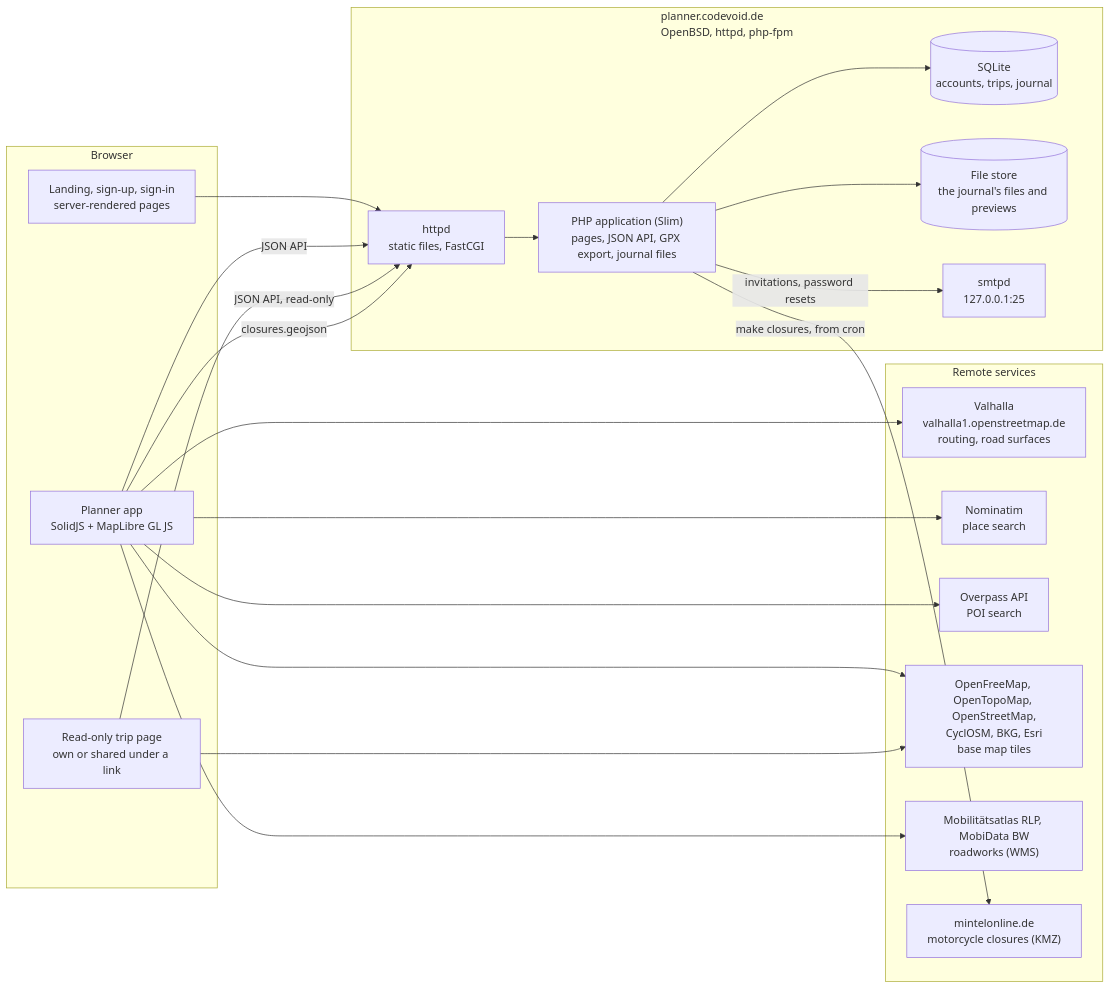
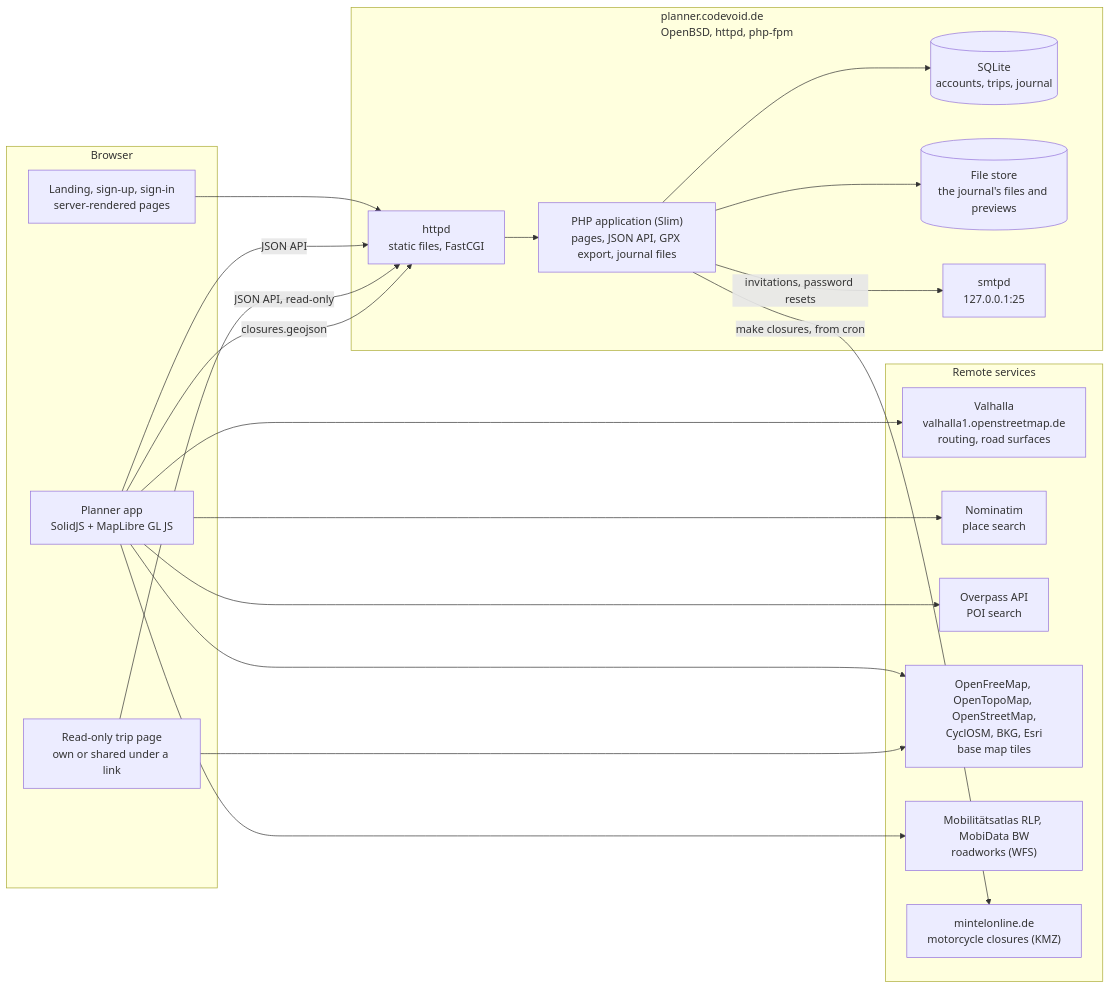
Before and after one commit to c0dev0id/TripPlanner: the first of 3 diagrams in .github/architecture.md, drawn with Mermaid. The commit also changed 10 other files, not shown here.

````diff
--- a/.github/architecture.md
+++ b/.github/architecture.md
@@ -8,38 +8,38 @@
 ```mermaid
 flowchart LR
   subgraph browser["Browser"]
     pages["Landing, sign-up, sign-in<br/>server-rendered pages"]
     app["Planner app<br/>SolidJS + MapLibre GL JS"]
     view["Read-only trip page<br/>own or shared under a link"]
   end
   subgraph server["planner.codevoid.de<br/>OpenBSD, httpd, php-fpm"]
     httpd["httpd<br/>static files, FastCGI"]
     php["PHP application (Slim)<br/>pages, JSON API, GPX export, journal files"]
     db[("SQLite<br/>accounts, trips, journal")]
     files[("File store<br/>the journal's files and previews")]
     smtpd["smtpd<br/>127.0.0.1:25"]
   end
   subgraph remote["Remote services"]
     valhalla["Valhalla<br/>valhalla1.openstreetmap.de<br/>routing, road surfaces"]
     nominatim["Nominatim<br/>place search"]
     overpass["Overpass API<br/>POI search"]
     tiles["OpenFreeMap, OpenTopoMap, OpenStreetMap,<br/>CyclOSM, BKG, Esri<br/>base map tiles"]
-    wms["Mobilitätsatlas RLP, MobiData BW<br/>roadworks (WMS)"]
+    wms["Mobilitätsatlas RLP, MobiData BW<br/>roadworks (WFS)"]
     closures["mintelonline.de<br/>motorcycle closures (KMZ)"]
   end
   pages --> httpd
   app -->|JSON API| httpd
   view -->|JSON API, read-only| httpd
   httpd --> php
   php --> db
   php --> files
   php -->|invitations, password resets| smtpd
   app --> valhalla
   app --> nominatim
   app --> overpass
   app --> tiles
   app --> wms
   php -->|make closures, from cron| closures
   app -->|closures.geojson| httpd
   view --> tiles
 ```
````
